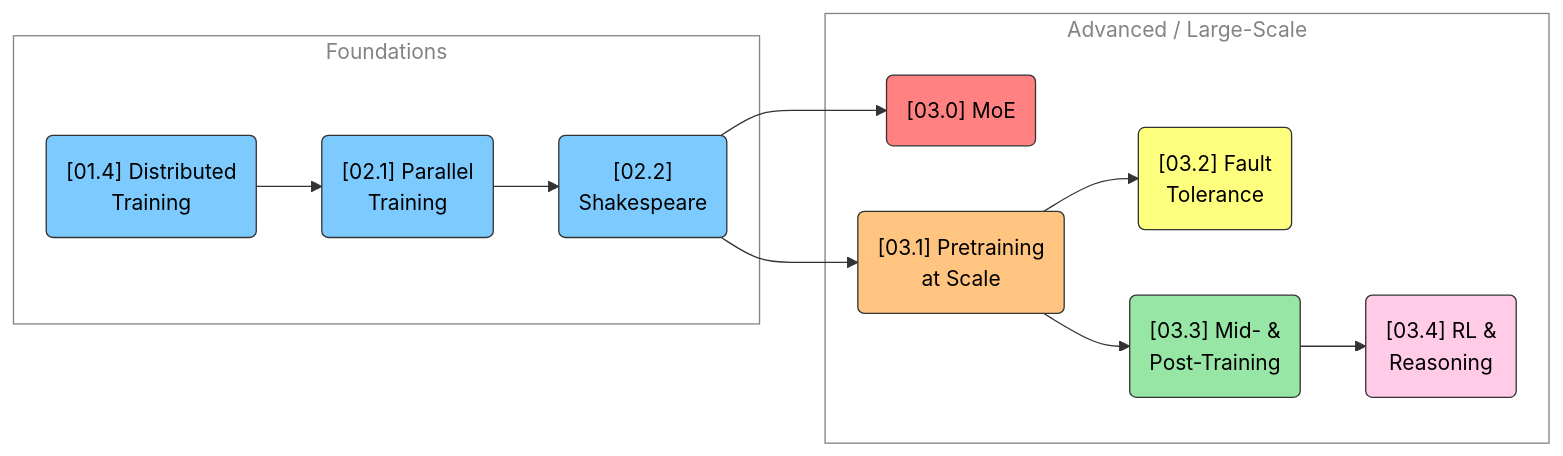
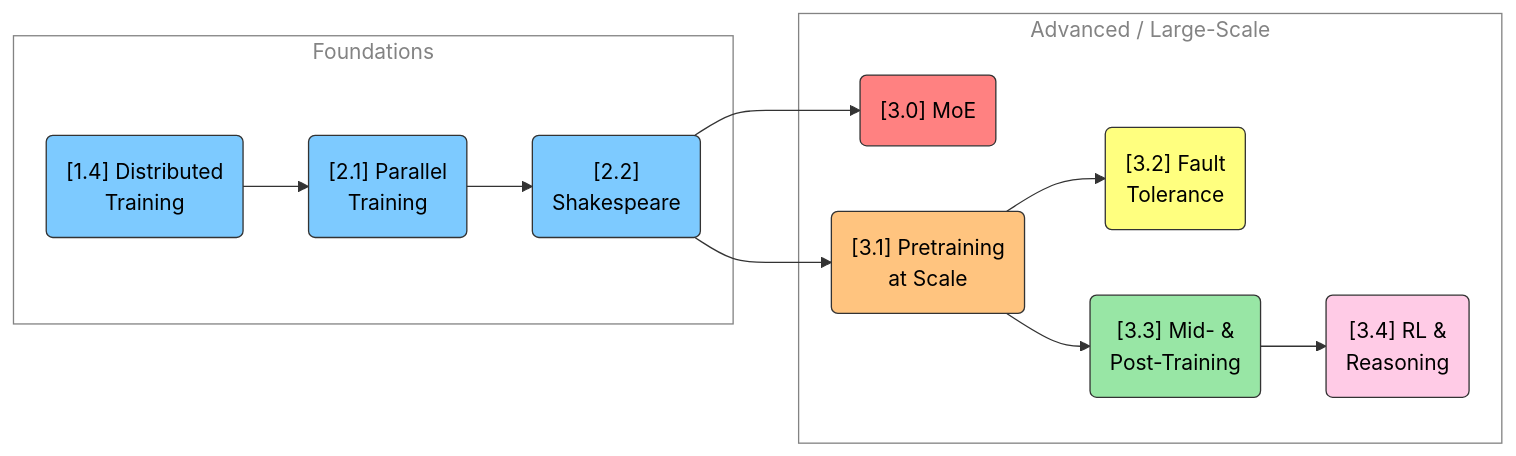
One commit to saforem2/intro-hpc-bootcamp changed the diagram in content/03-advanced-llms/index.qmd. Above: the diagram before and after it, drawn with Mermaid. The commit also changed other lines of this file and 23 other files, not shown here.

````diff
--- a/content/03-advanced-llms/index.qmd
+++ b/content/03-advanced-llms/index.qmd
@@ -67,34 +67,34 @@
 ```{mermaid}
 flowchart LR
     subgraph FOUND["`Foundations`"]
-        A("`[01.4] Distributed<br/>Training`")
-        B("`[02.1] Parallel<br/>Training`")
-        C("`[02.2]<br/>Shakespeare`")
+        A("`[1.4] Distributed<br/>Training`")
+        B("`[2.1] Parallel<br/>Training`")
+        C("`[2.2]<br/>Shakespeare`")
     end
     subgraph ADV["`Advanced / Large-Scale`"]
-        M("`[03.0] MoE`")
-        P("`[03.1] Pretraining<br/>at Scale`")
-        F("`[03.2] Fault<br/>Tolerance`")
-        T("`[03.3] Mid- &<br/>Post-Training`")
-        R("`[03.4] RL &<br/>Reasoning`")
+        M("`[3.0] MoE`")
+        P("`[3.1] Pretraining<br/>at Scale`")
+        F("`[3.2] Fault<br/>Tolerance`")
+        T("`[3.3] Mid- &<br/>Post-Training`")
+        R("`[3.4] RL &<br/>Reasoning`")
     end
     A --> B --> C
     C --> M
     C --> P
     P --> F
     P --> T --> R
 classDef block fill:#CCCCCC02,stroke:#838383,stroke-width:1px,color:#838383
 classDef red fill:#ff8181,stroke:#333,stroke-width:1px,color:#000
 classDef orange fill:#FFC47F,stroke:#333,stroke-width:1px,color:#000
 classDef yellow fill:#FFFF7F,stroke:#333,stroke-width:1px,color:#000
 classDef green fill:#98E6A5,stroke:#333,stroke-width:1px,color:#000
 classDef blue fill:#7DCAFF,stroke:#333,stroke-width:1px,color:#000
 classDef purple fill:#FFCBE6,stroke:#333,stroke-width:1px,color:#000
 class A,B,C blue
 class M red
 class P orange
 class F yellow
 class T green
 class R purple
 class FOUND,ADV block
 ```
````
